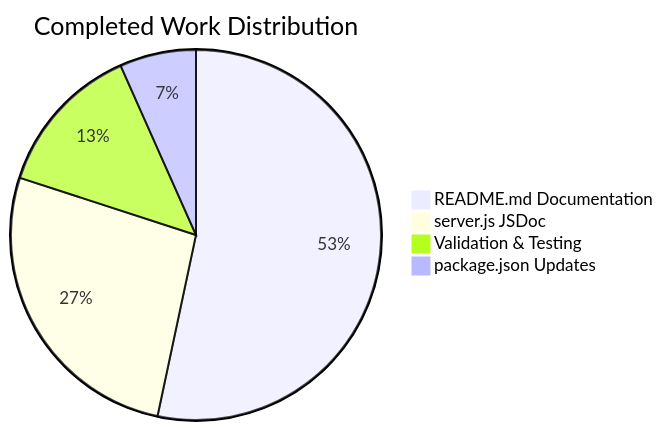
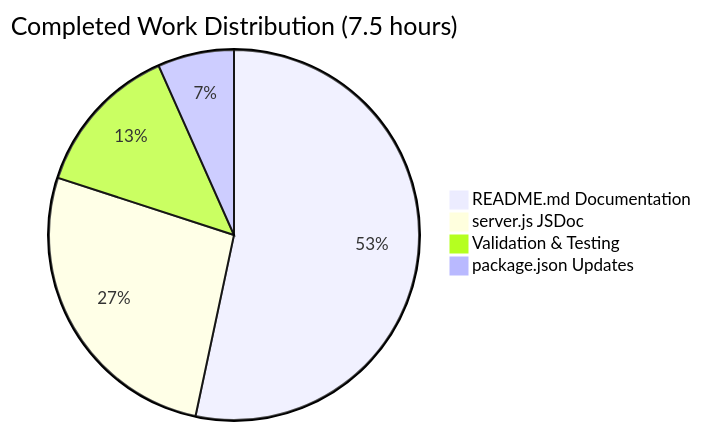
Before and after one commit to Sandeep01Kumar/29-dec-existing-projects-qa-test-3: the second of 2 diagrams in blitzy/documentation/Project Guide.md, drawn with Mermaid. The commit also changed other lines of this file, not shown here.

````diff
--- a/blitzy/documentation/Project Guide.md
+++ b/blitzy/documentation/Project Guide.md
@@ -81,7 +47,7 @@
 ```mermaid
-pie title Completed Work Distribution
-    "README.md Documentation" : 4
-    "server.js JSDoc" : 2
-    "Validation & Testing" : 1
+pie title Completed Work Distribution (7.5 hours)
+    "README.md Documentation" : 4.0
+    "server.js JSDoc" : 2.0
+    "Validation & Testing" : 1.0
     "package.json Updates" : 0.5
 ```
````
